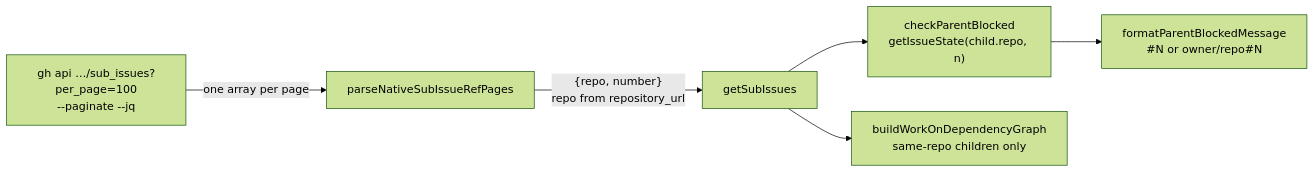
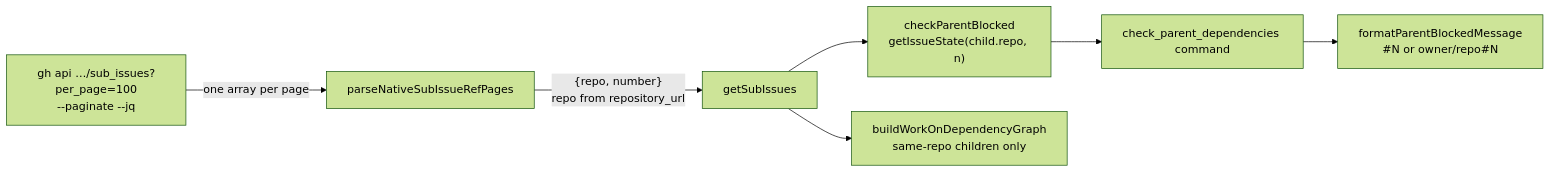
One commit to stSoftwareAU/VibeCoder changed the diagram in docs/archive/pr-summaries/pr-summary-3319.md. Above: the diagram before and after it, drawn with Mermaid (forest theme). The commit also changed other lines of this file, not shown here.

````diff
--- a/docs/archive/pr-summaries/pr-summary-3319.md
+++ b/docs/archive/pr-summaries/pr-summary-3319.md
@@ -13,8 +13,9 @@
 ```mermaid
 flowchart LR
     G["gh api …/sub_issues?per_page=100<br/>--paginate --jq"] -->|one array per page| P["parseNativeSubIssueRefPages"]
     P -->|"{repo, number}<br/>repo from repository_url"| F["getSubIssues"]
     F --> C["checkParentBlocked<br/>getIssueState(child.repo, n)"]
     F --> W["buildWorkOnDependencyGraph<br/>same-repo children only"]
-    C --> M["formatParentBlockedMessage<br/>#N or owner/repo#N"]
+    C --> K["check_parent_dependencies command"]
+    K --> M["formatParentBlockedMessage<br/>#N or owner/repo#N"]
 ```
````
